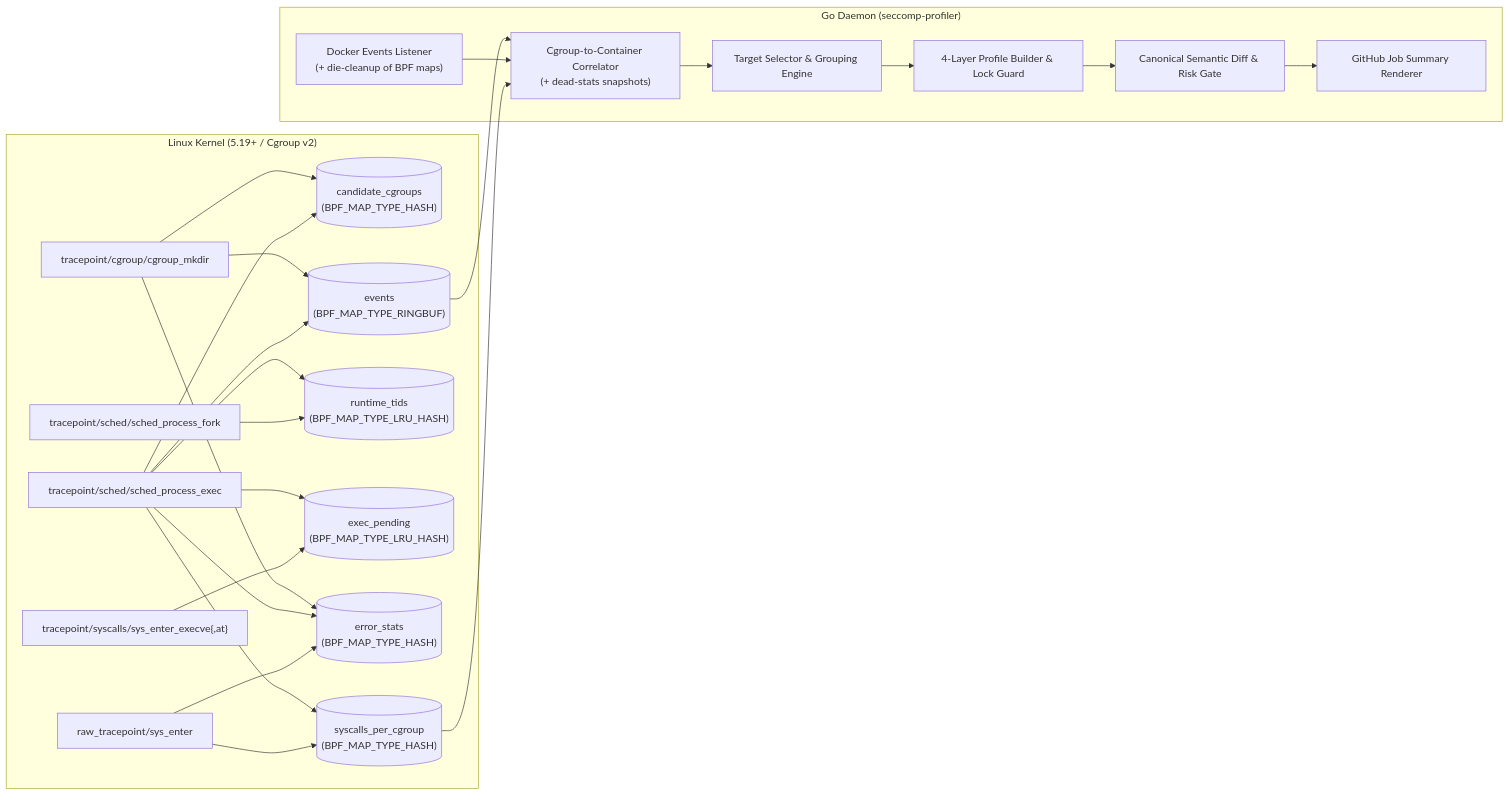
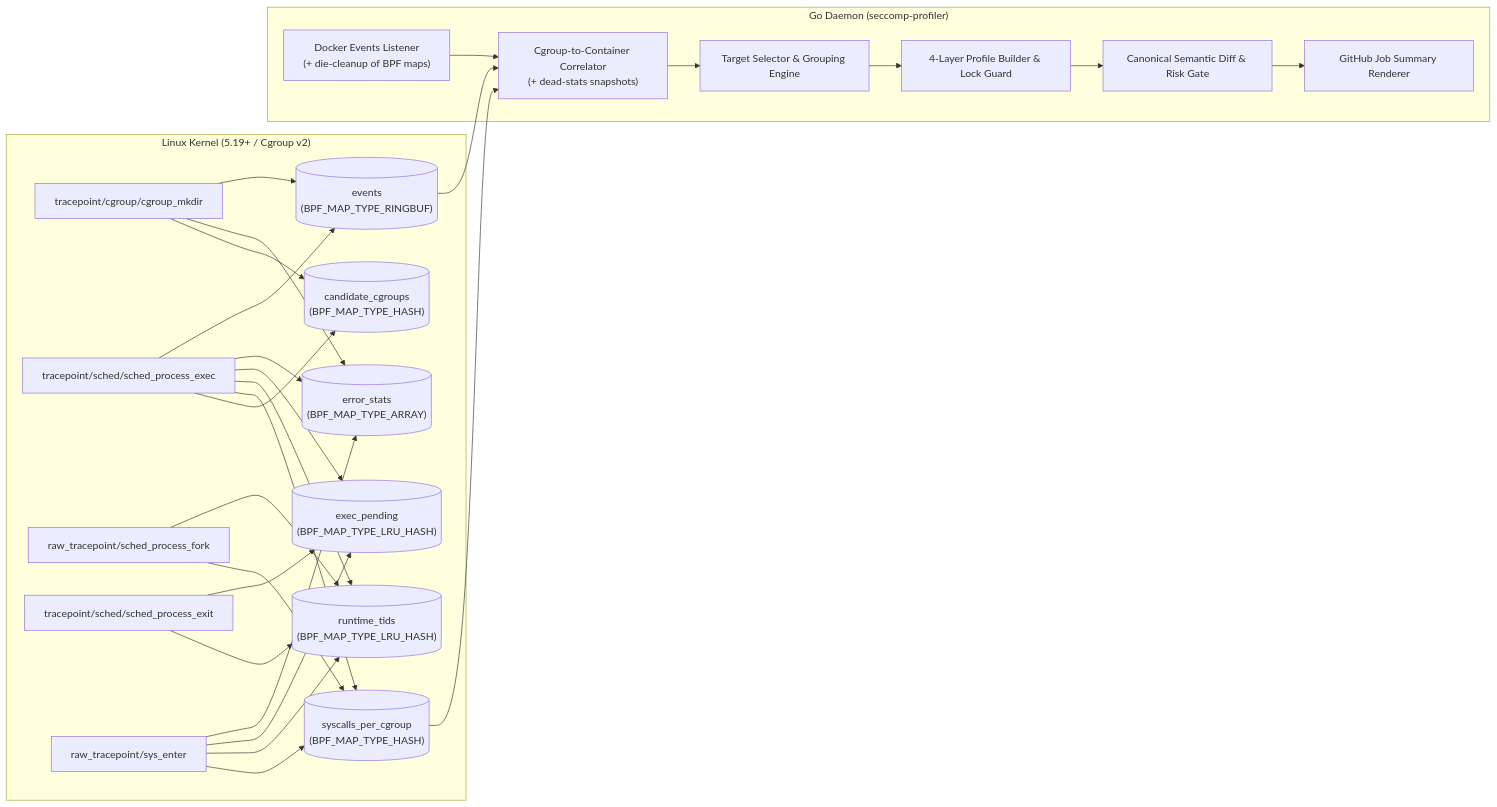
Before and after one commit to alexno10/seccomp-profiler: the diagram in docs/ARCHITECTURE.md, drawn with Mermaid. The commit also changed other lines of this file and 20 other files, not shown here.

````diff
--- a/docs/ARCHITECTURE.md
+++ b/docs/ARCHITECTURE.md
@@ -10,43 +10,47 @@
 ```mermaid
 flowchart LR
     subgraph Kernel["Linux Kernel (5.19+ / Cgroup v2)"]
         T1["tracepoint/cgroup/cgroup_mkdir"]
         T2["tracepoint/sched/sched_process_exec"]
-        T4["tracepoint/sched/sched_process_fork"]
-        T5["tracepoint/syscalls/sys_enter_execve{,at}"]
+        T4["raw_tracepoint/sched_process_fork"]
+        T5["tracepoint/sched/sched_process_exit"]
         T3["raw_tracepoint/sys_enter"]
         M1[("candidate_cgroups\n(BPF_MAP_TYPE_HASH)")]
         M2[("syscalls_per_cgroup\n(BPF_MAP_TYPE_HASH)")]
         M3[("runtime_tids\n(BPF_MAP_TYPE_LRU_HASH)")]
         M4[("exec_pending\n(BPF_MAP_TYPE_LRU_HASH)")]
-        M5[("error_stats\n(BPF_MAP_TYPE_HASH)")]
+        M5[("error_stats\n(BPF_MAP_TYPE_ARRAY)")]
         RB[("events\n(BPF_MAP_TYPE_RINGBUF)")]
         T1 --> M1
         T1 --> M5
         T1 --> RB
         T2 --> M1
         T2 --> M2
         T2 --> M3
         T2 --> M4
         T2 --> M5
         T2 --> RB
+        T4 --> M2
         T4 --> M3
+        T5 --> M3
         T5 --> M4
         T3 --> M2
+        T3 --> M3
+        T3 --> M4
         T3 --> M5
     end
 
     subgraph Userspace["Go Daemon (seccomp-profiler)"]
         DE["Docker Events Listener\n(+ die-cleanup of BPF maps)"]
         COR["Cgroup-to-Container Correlator\n(+ dead-stats snapshots)"]
         SEL["Target Selector & Grouping Engine"]
         BLD["4-Layer Profile Builder & Lock Guard"]
         DIF["Canonical Semantic Diff & Risk Gate"]
         RPT["GitHub Job Summary Renderer"]
     end
 
     RB --> COR
     DE --> COR
     M2 --> COR
     COR --> SEL --> BLD --> DIF --> RPT
 ```
````
